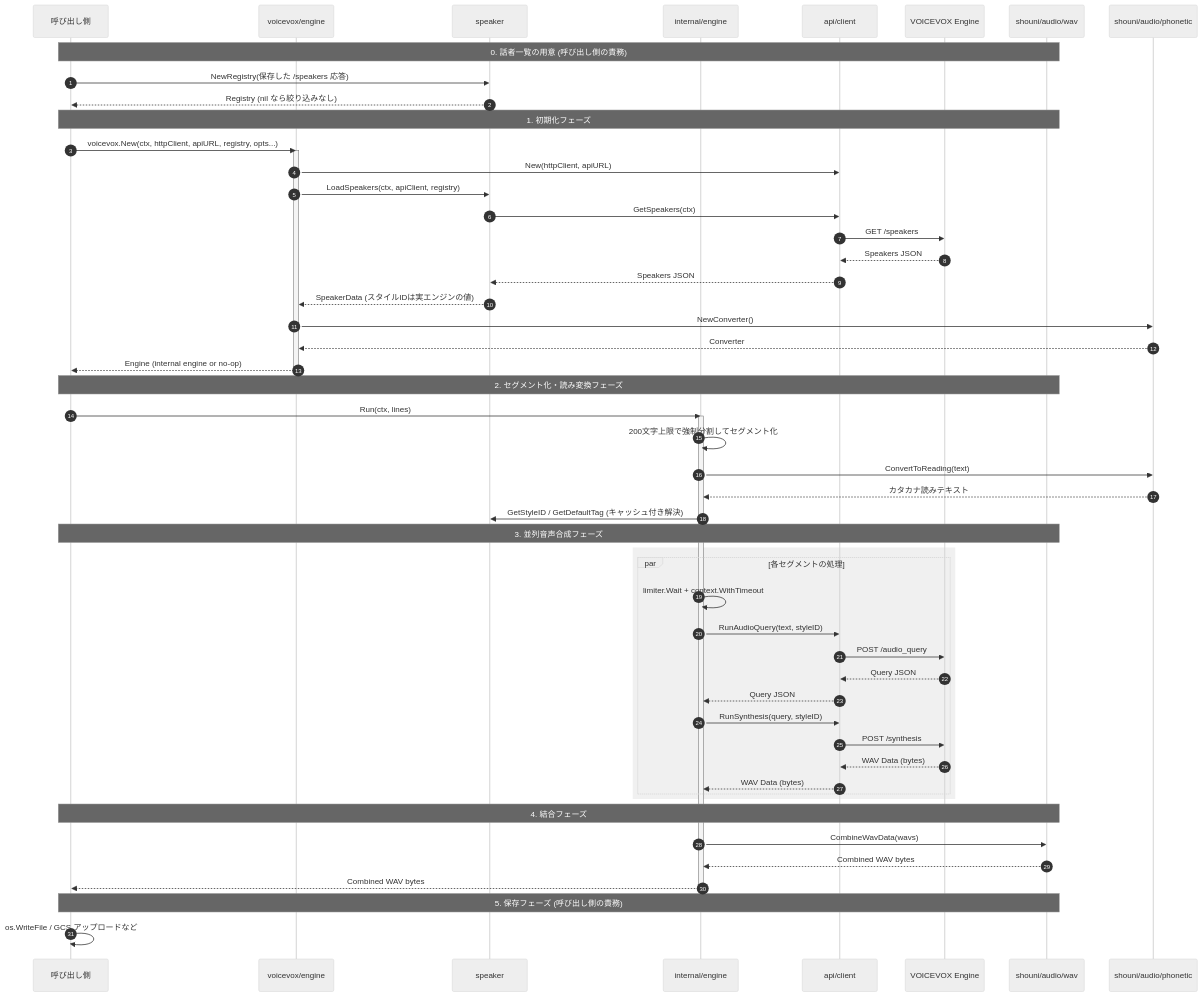
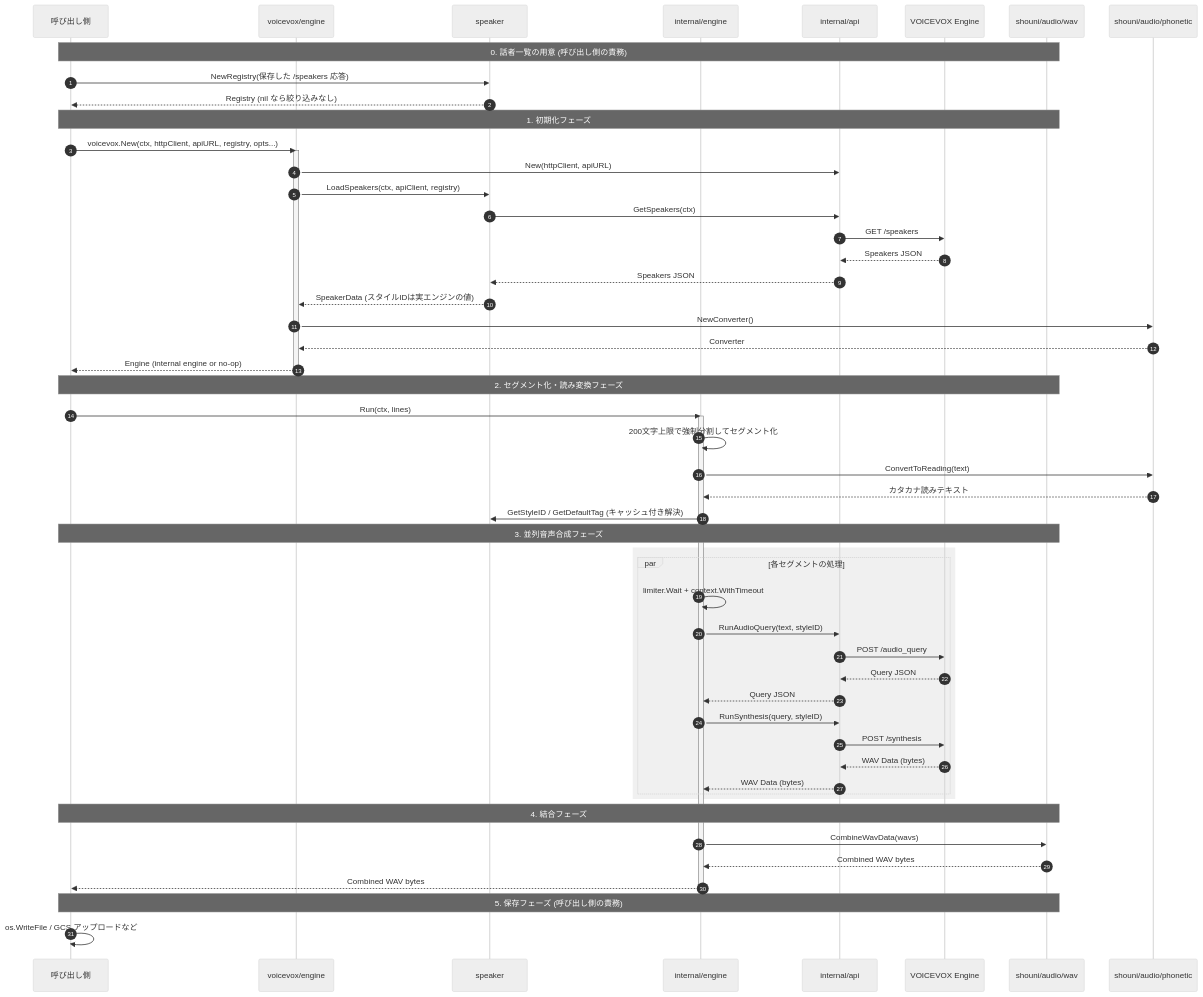
The diagram in README.md (shouni/go-voicevox), drawn with Mermaid (neutral theme) before and after one commit. The commit also changed other lines of this file and 13 other files, not shown here.

First line of the commit message:
Move the HTTP client under internal

````diff
--- a/README.md
+++ b/README.md
@@ -49,57 +49,57 @@
 ```mermaid
 sequenceDiagram
     autonumber
     participant Main as 呼び出し側
     participant Builder as voicevox/engine
     participant Speaker as speaker
     participant Runner as internal/engine
-    participant API as api/client
+    participant API as internal/api
     participant VV as VOICEVOX Engine
     participant WAV as shouni/audio/wav
     participant Phonetic as shouni/audio/phonetic
     Note over Main, WAV: 0. 話者一覧の用意 (呼び出し側の責務)
     Main->>Speaker: NewRegistry(保存した /speakers 応答)
     Speaker-->>Main: Registry (nil なら絞り込みなし)
     Note over Main, WAV: 1. 初期化フェーズ
     Main->>Builder: voicevox.New(ctx, httpClient, apiURL, registry, opts...)
     activate Builder
     Builder->>API: New(httpClient, apiURL)
     Builder->>Speaker: LoadSpeakers(ctx, apiClient, registry)
     Speaker->>API: GetSpeakers(ctx)
     API->>VV: GET /speakers
     VV-->>API: Speakers JSON
     API-->>Speaker: Speakers JSON
     Speaker-->>Builder: SpeakerData (スタイルIDは実エンジンの値)
     Builder->>Phonetic: NewConverter()
     Phonetic-->>Builder: Converter
     Builder-->>Main: Engine (internal engine or no-op)
     deactivate Builder
     Note over Main, WAV: 2. セグメント化・読み変換フェーズ
     Main->>Runner: Run(ctx, lines)
     activate Runner
     Runner->>Runner: 200文字上限で強制分割してセグメント化
     Runner->>Phonetic: ConvertToReading(text)
     Phonetic-->>Runner: カタカナ読みテキスト
     Runner->>Speaker: GetStyleID / GetDefaultTag (キャッシュ付き解決)
     Note over Main, WAV: 3. 並列音声合成フェーズ
     rect rgb(240, 240, 240)
         par 各セグメントの処理
             Runner->>Runner: limiter.Wait + context.WithTimeout
             Runner->>API: RunAudioQuery(text, styleID)
             API->>VV: POST /audio_query
             VV-->>API: Query JSON
             API-->>Runner: Query JSON
             Runner->>API: RunSynthesis(query, styleID)
             API->>VV: POST /synthesis
             VV-->>API: WAV Data (bytes)
             API-->>Runner: WAV Data (bytes)
         end
     end
     Note over Main, WAV: 4. 結合フェーズ
     Runner->>WAV: CombineWavData(wavs)
     WAV-->>Runner: Combined WAV bytes
     Runner-->>Main: Combined WAV bytes
     deactivate Runner
     Note over Main, WAV: 5. 保存フェーズ (呼び出し側の責務)
     Main->>Main: os.WriteFile / GCS アップロードなど
 ```
````
